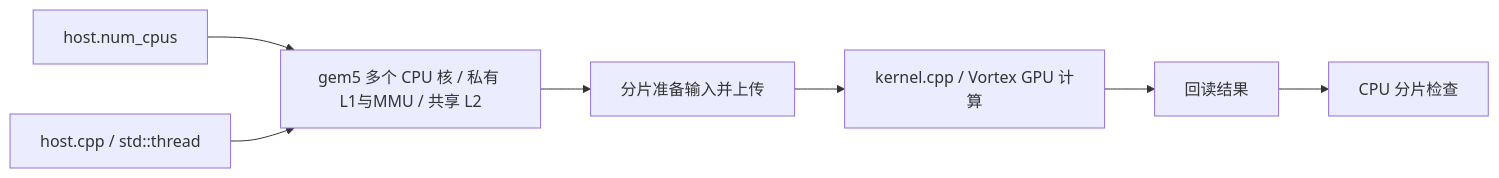
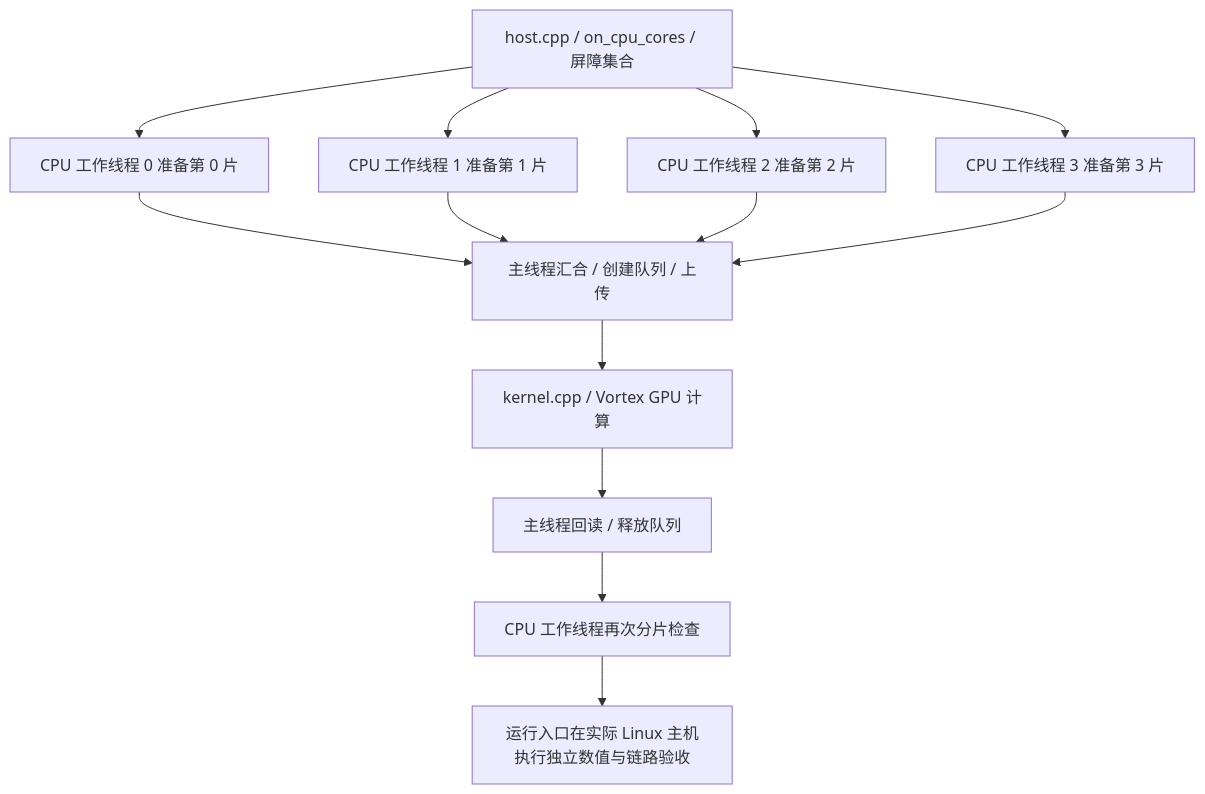
Before and after one commit to hy2581/vortex_StorageStacked: the diagram in docs/01-用户环境配置说明.md, drawn with Mermaid. The commit also changed other lines of this file and 5 other files, not shown here.

Commit message:
Document CPU GPU roles and gem5 multicore usage

````diff
--- a/docs/01-用户环境配置说明.md
+++ b/docs/01-用户环境配置说明.md
@@ -132,9 +148,15 @@
 ```mermaid
-flowchart LR
-    C[host.num_cpus] --> P[gem5 多个 CPU 核 / 私有 L1与MMU / 共享 L2]
-    H[host.cpp / std::thread] --> P
-    P --> I[分片准备输入并上传]
+flowchart TD
+    H[host.cpp / on_cpu_cores / 屏障集合] --> W0[CPU 工作线程 0 准备第 0 片]
+    H --> W1[CPU 工作线程 1 准备第 1 片]
+    H --> W2[CPU 工作线程 2 准备第 2 片]
+    H --> W3[CPU 工作线程 3 准备第 3 片]
+    W0 --> I[主线程汇合 / 创建队列 / 上传]
+    W1 --> I
+    W2 --> I
+    W3 --> I
     I --> G[kernel.cpp / Vortex GPU 计算]
-    G --> R[回读结果]
-    R --> V[CPU 分片检查]
+    G --> R[主线程回读 / 释放队列]
+    R --> V[CPU 工作线程再次分片检查]
+    V --> E[运行入口在实际 Linux 主机执行独立数值与链路验收]
 ```
````
